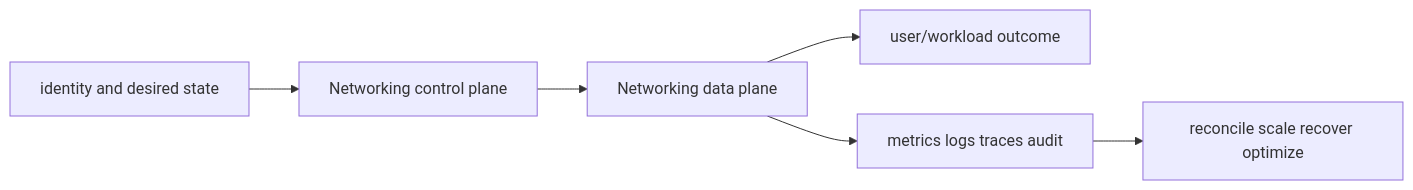
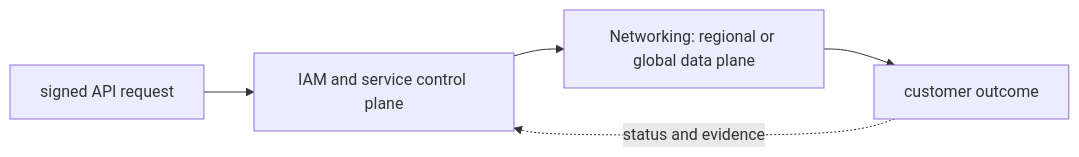
The second of 2 diagrams in 07-aws/02-networking/README.md (tomkidumbuyo/DevOps-interview-preparation), drawn with Mermaid before and after one commit. The commit also changed other lines of this file and 753 other files, not shown here.

````diff
--- a/07-aws/02-networking/README.md
+++ b/07-aws/02-networking/README.md
@@ -42,8 +53,7 @@
 ```mermaid
 flowchart LR
-  I[identity and desired state] --> C[Networking control plane]
-  C --> D[Networking data plane]
-  D --> U[user/workload outcome]
-  D --> O[metrics logs traces audit]
-  O --> R[reconcile scale recover optimize]
+  A["signed API request"] --> B["IAM and service control plane"]
+  B --> C["Networking: regional or global data plane"]
+  C --> D["customer outcome"]
+  D -. "status and evidence" .-> B
 ```
````
